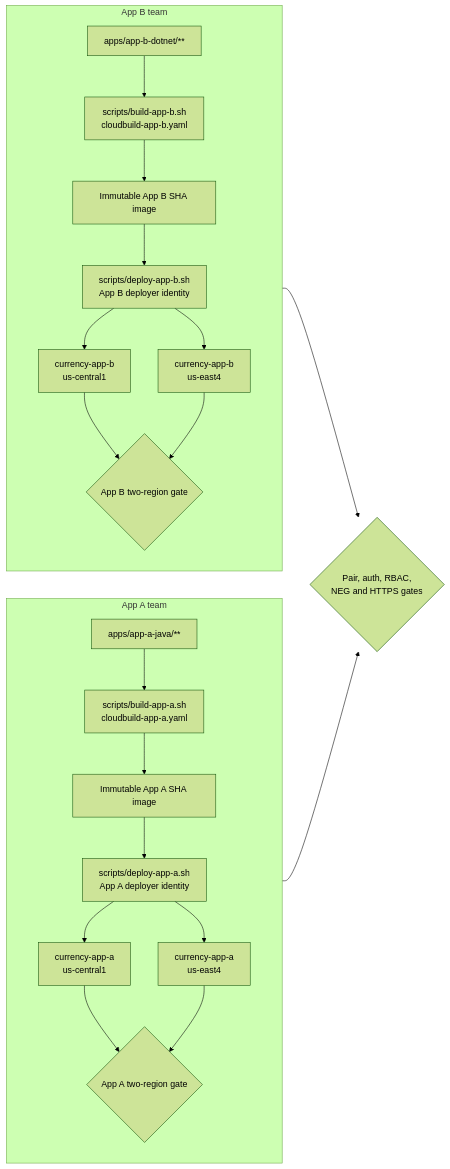
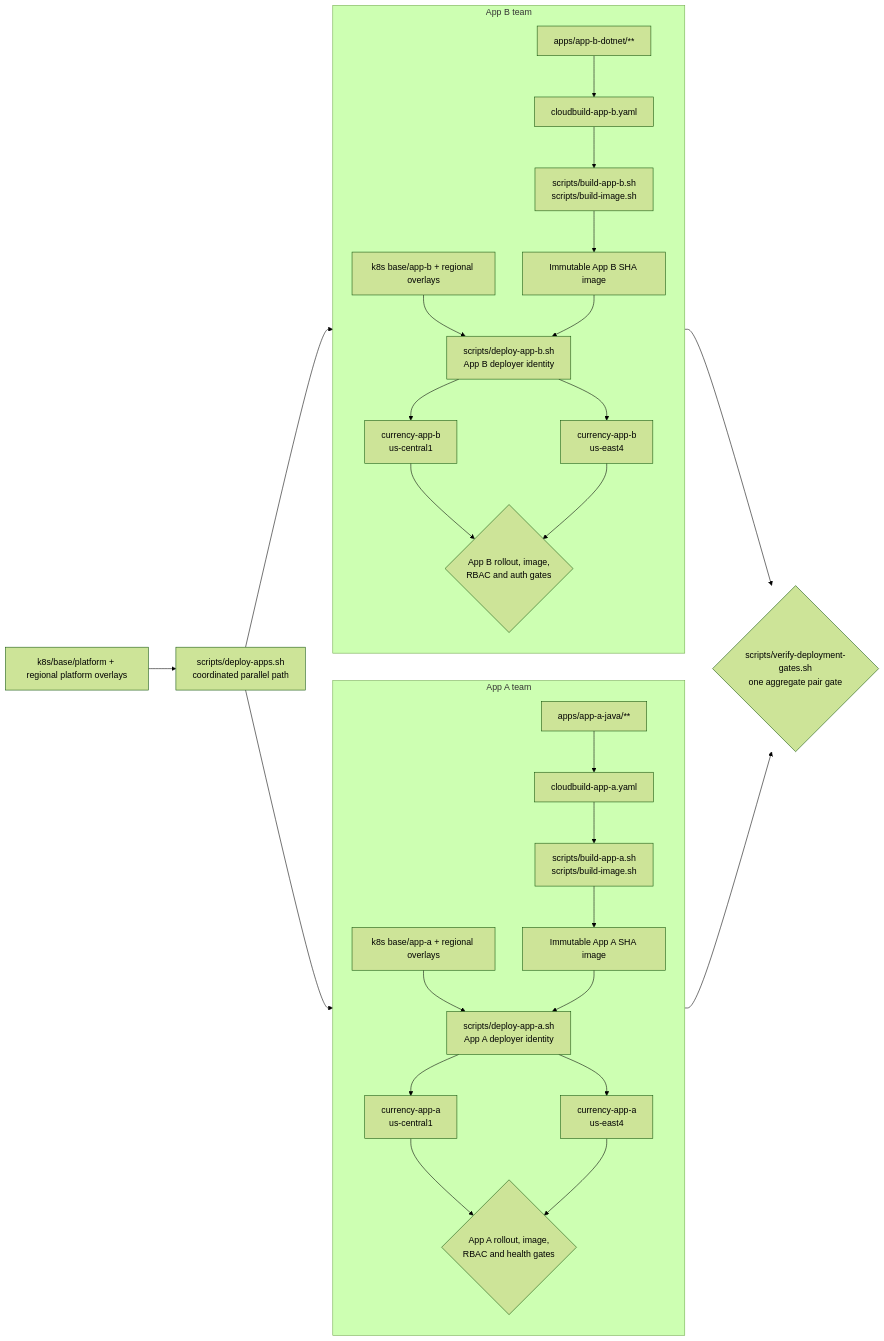
One commit to satish34/Schwab_Assessment changed the fourth of 6 diagrams in docs/ARCHITECTURE.md. Above: the diagram before and after it, drawn with Mermaid (forest theme). The commit also changed other lines of this file and 91 other files, not shown here.

````diff
--- a/docs/ARCHITECTURE.md
+++ b/docs/ARCHITECTURE.md
@@ -89,27 +122,34 @@
 ```mermaid
 flowchart LR
   subgraph TeamA["App A team"]
     direction TB
-    ASrc["apps/app-a-java/**"] --> ABuild["scripts/build-app-a.sh<br/>cloudbuild-app-a.yaml"]
+    ASrc["apps/app-a-java/**"] --> AYaml["cloudbuild-app-a.yaml"]
+    AYaml --> ABuild["scripts/build-app-a.sh<br/>scripts/build-image.sh"]
     ABuild --> AImage["Immutable App A SHA image"]
-    AImage --> ADeploy["scripts/deploy-app-a.sh<br/>App A deployer identity"]
+    AKustomize["k8s base/app-a + regional overlays"] --> ADeploy["scripts/deploy-app-a.sh<br/>App A deployer identity"]
+    AImage --> ADeploy
     ADeploy --> AC["currency-app-a<br/>us-central1"]
     ADeploy --> AE["currency-app-a<br/>us-east4"]
-    AC --> AGate{"App A two-region gate"}
+    AC --> AGate{"App A rollout, image,<br/>RBAC and health gates"}
     AE --> AGate
   end
 
   subgraph TeamB["App B team"]
     direction TB
-    BSrc["apps/app-b-dotnet/**"] --> BBuild["scripts/build-app-b.sh<br/>cloudbuild-app-b.yaml"]
+    BSrc["apps/app-b-dotnet/**"] --> BYaml["cloudbuild-app-b.yaml"]
+    BYaml --> BBuild["scripts/build-app-b.sh<br/>scripts/build-image.sh"]
     BBuild --> BImage["Immutable App B SHA image"]
-    BImage --> BDeploy["scripts/deploy-app-b.sh<br/>App B deployer identity"]
+    BKustomize["k8s base/app-b + regional overlays"] --> BDeploy["scripts/deploy-app-b.sh<br/>App B deployer identity"]
+    BImage --> BDeploy
     BDeploy --> BC["currency-app-b<br/>us-central1"]
     BDeploy --> BE["currency-app-b<br/>us-east4"]
-    BC --> BGate{"App B two-region gate"}
+    BC --> BGate{"App B rollout, image,<br/>RBAC and auth gates"}
     BE --> BGate
   end
 
-  AGate --> PairGate{"Pair, auth, RBAC,<br/>NEG and HTTPS gates"}
+  Platform["k8s/base/platform + regional platform overlays"] --> Coordinator["scripts/deploy-apps.sh<br/>coordinated parallel path"]
+  Coordinator --> ADeploy
+  Coordinator --> BDeploy
+  AGate --> PairGate{"scripts/verify-deployment-gates.sh<br/>one aggregate pair gate"}
   BGate --> PairGate
 ```
````
